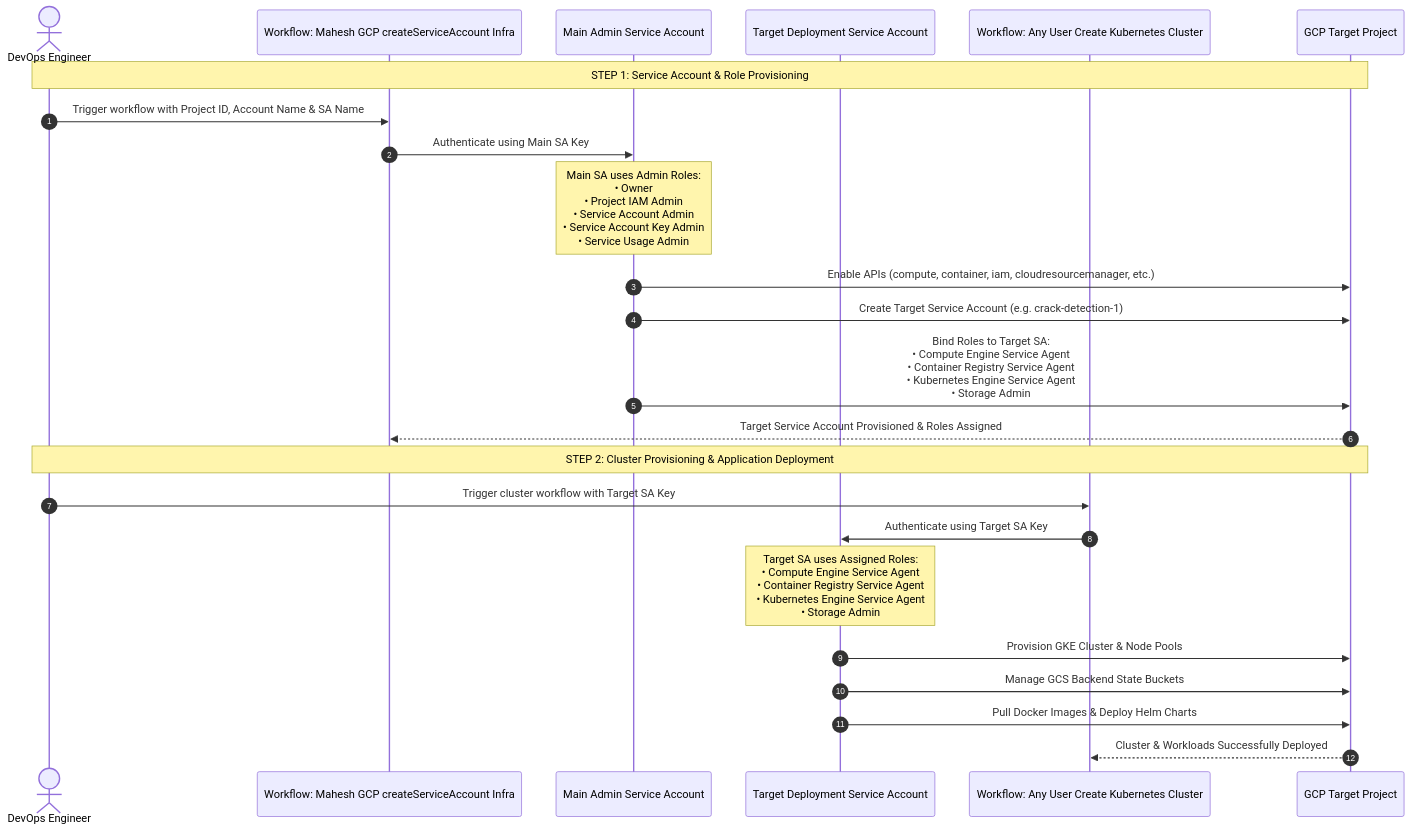
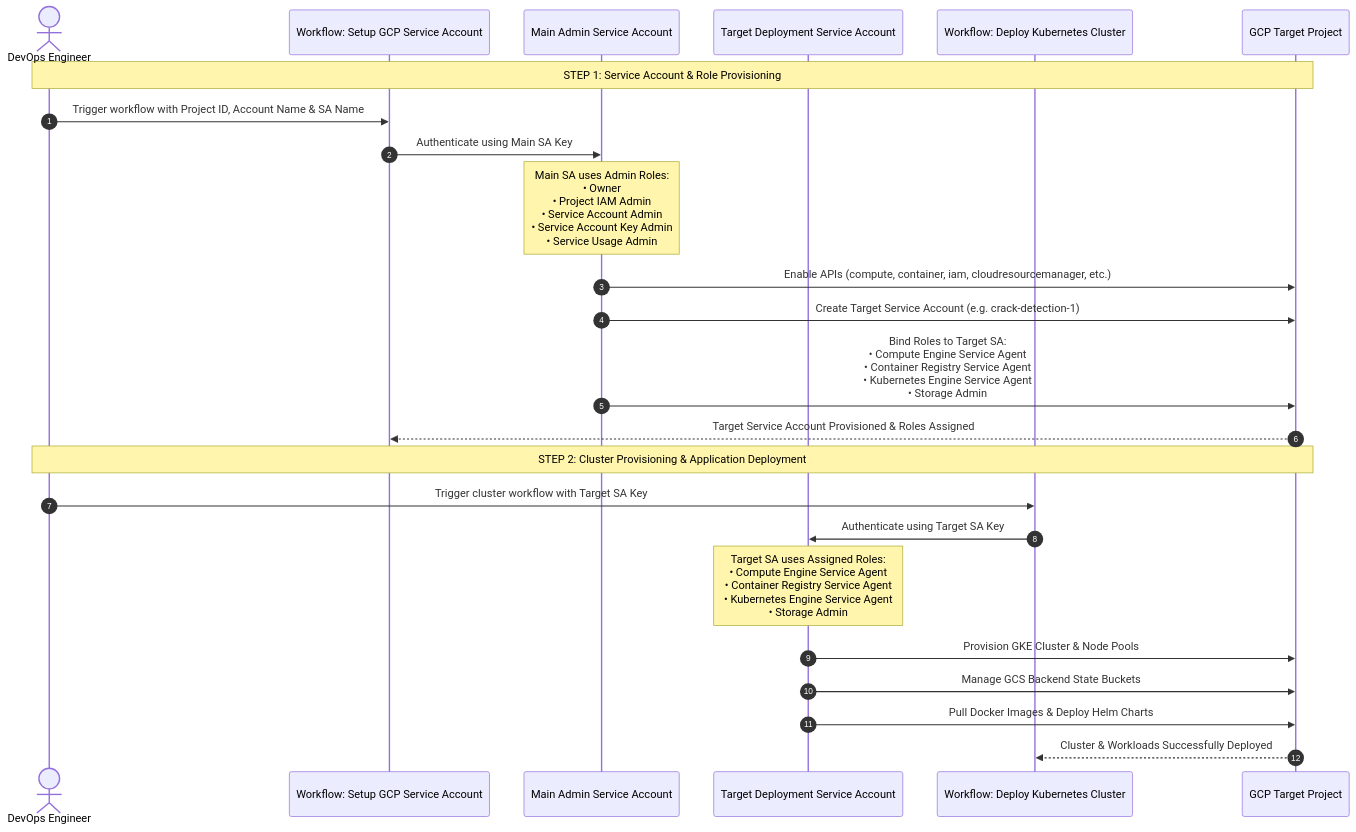
Before and after one commit to EmpowerInnovate/concrete-detection-infra: the second of 2 diagrams in service_account_architecture_diagram.md, drawn with Mermaid. The commit also changed other lines of this file and 10 other files, not shown here.

````diff
--- a/service_account_architecture_diagram.md
+++ b/service_account_architecture_diagram.md
@@ -65,28 +65,28 @@
 ```mermaid
 sequenceDiagram
     autonumber
     actor Developer as DevOps Engineer
-    participant CreationWF as Workflow: Mahesh GCP createServiceAccount Infra
+    participant CreationWF as Workflow: Setup GCP Service Account
     participant MainSA as Main Admin Service Account
     participant TargetSA as Target Deployment Service Account
-    participant ClusterWF as Workflow: Any User Create Kubernetes Cluster
+    participant ClusterWF as Workflow: Deploy Kubernetes Cluster
     participant GCPProject as GCP Target Project
 
     Note over Developer, GCPProject: STEP 1: Service Account & Role Provisioning
     Developer->>CreationWF: Trigger workflow with Project ID, Account Name & SA Name
     CreationWF->>MainSA: Authenticate using Main SA Key
     Note over MainSA: Main SA uses Admin Roles:<br/>• Owner<br/>• Project IAM Admin<br/>• Service Account Admin<br/>• Service Account Key Admin<br/>• Service Usage Admin
     MainSA->>GCPProject: Enable APIs (compute, container, iam, cloudresourcemanager, etc.)
     MainSA->>GCPProject: Create Target Service Account (e.g. crack-detection-1)
     MainSA->>GCPProject: Bind Roles to Target SA:<br/>• Compute Engine Service Agent<br/>• Container Registry Service Agent<br/>• Kubernetes Engine Service Agent<br/>• Storage Admin
     GCPProject-->>CreationWF: Target Service Account Provisioned & Roles Assigned
 
     Note over Developer, GCPProject: STEP 2: Cluster Provisioning & Application Deployment
     Developer->>ClusterWF: Trigger cluster workflow with Target SA Key
     ClusterWF->>TargetSA: Authenticate using Target SA Key
     Note over TargetSA: Target SA uses Assigned Roles:<br/>• Compute Engine Service Agent<br/>• Container Registry Service Agent<br/>• Kubernetes Engine Service Agent<br/>• Storage Admin
     TargetSA->>GCPProject: Provision GKE Cluster & Node Pools
     TargetSA->>GCPProject: Manage GCS Backend State Buckets
     TargetSA->>GCPProject: Pull Docker Images & Deploy Helm Charts
     GCPProject-->>ClusterWF: Cluster & Workloads Successfully Deployed
 ```
````
